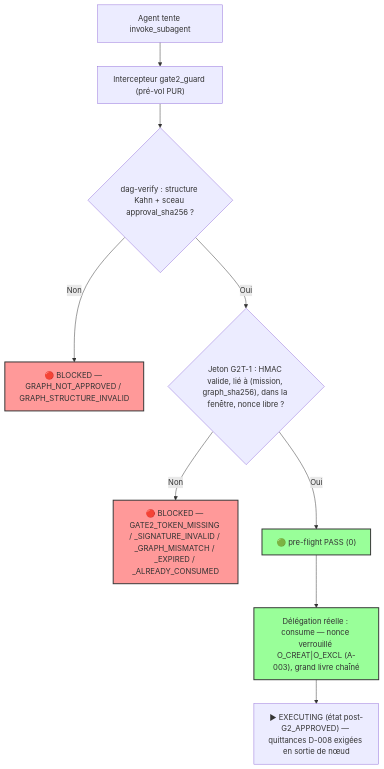
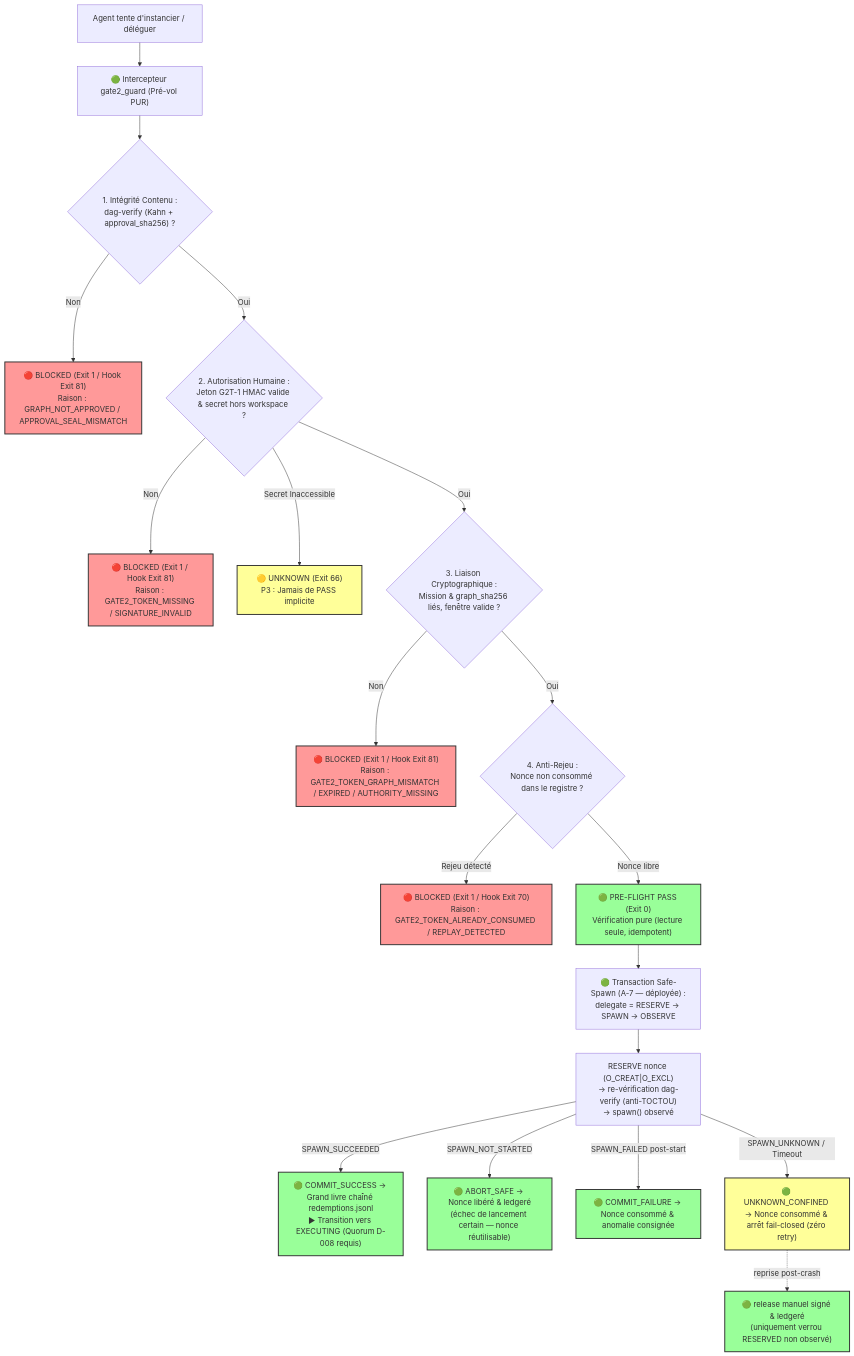
Before and after one commit to lordmahonheim-bot/Tesla-Antigravity-CLI: the diagram in 53-Vigilum-Codex-2.0-Executable-Governance/docs/RETEX_GATE2_BYPASS.md, drawn with Mermaid. The commit also changed other lines of this file and 6 other files, not shown here.

First line of the commit message:
feat(gate2): A-7 Safe-Spawn + BYPASS-04/06/09 testés — RETEX 2.3 synchronisé

````diff
--- a/53-Vigilum-Codex-2.0-Executable-Governance/docs/RETEX_GATE2_BYPASS.md
+++ b/53-Vigilum-Codex-2.0-Executable-Governance/docs/RETEX_GATE2_BYPASS.md
@@ -114,16 +140,49 @@
 ```mermaid
 flowchart TD
-    A["Agent tente invoke_subagent"] --> B["Intercepteur gate2_guard (pré-vol PUR)"]
-    B --> C{"dag-verify : structure Kahn + sceau approval_sha256 ?"}
-    C -->|Non| D["🔴 BLOCKED — GRAPH_NOT_APPROVED / GRAPH_STRUCTURE_INVALID"]
-    C -->|Oui| E{"Jeton G2T-1 : HMAC valide, lié à (mission, graph_sha256), dans la fenêtre, nonce libre ?"}
-    E -->|Non| F["🔴 BLOCKED — GATE2_TOKEN_MISSING / _SIGNATURE_INVALID / _GRAPH_MISMATCH / _EXPIRED / _ALREADY_CONSUMED"]
-    E -->|Oui| G["🟢 pre-flight PASS (0)"]
-    G --> H["Délégation réelle : consume — nonce verrouillé O_CREAT|O_EXCL (A-003), grand livre chaîné"]
-    H --> I["▶ EXECUTING (état post-G2_APPROVED) — quittances D-008 exigées en sortie de nœud"]
+    A["Agent tente d'instancier / déléguer"] --> B["🟢 Intercepteur gate2_guard (Pré-vol PUR)"]
+    B --> C{"1. Intégrité Contenu :
+dag-verify (Kahn + approval_sha256) ?"}
+    C -->|Non| D["🔴 BLOCKED (Exit 1 / Hook Exit 81)
+Raison : GRAPH_NOT_APPROVED / APPROVAL_SEAL_MISMATCH"]
+    C -->|Oui| E{"2. Autorisation Humaine :
+Jeton G2T-1 HMAC valide & secret hors workspace ?"}
+    E -->|Non| F["🔴 BLOCKED (Exit 1 / Hook Exit 81)
+Raison : GATE2_TOKEN_MISSING / SIGNATURE_INVALID"]
+    E -->|Secret Inaccessible| G["🟡 UNKNOWN (Exit 66)
+P3 : Jamais de PASS implicite"]
+    E -->|Oui| H{"3. Liaison Cryptographique :
+Mission & graph_sha256 liés, fenêtre valide ?"}
+    H -->|Non| I["🔴 BLOCKED (Exit 1 / Hook Exit 81)
+Raison : GATE2_TOKEN_GRAPH_MISMATCH / EXPIRED / AUTHORITY_MISSING"]
+    H -->|Oui| J{"4. Anti-Rejeu :
+Nonce non consommé dans le registre ?"}
+    J -->|Rejeu détecté| K["🔴 BLOCKED (Exit 1 / Hook Exit 70)
+Raison : GATE2_TOKEN_ALREADY_CONSUMED / REPLAY_DETECTED"]
+    J -->|Nonce libre| L["🟢 PRE-FLIGHT PASS (Exit 0)
+Vérification pure (lecture seule, idempotent)"]
+    L --> M["🟢 Transaction Safe-Spawn (A-7 — déployée) :
+delegate = RESERVE → SPAWN → OBSERVE"]
+    M --> N["RESERVE nonce (O_CREAT|O_EXCL)
+→ re-vérification dag-verify (anti-TOCTOU)
+→ spawn() observé"]
+    N -->|SPAWN_SUCCEEDED| O["🟢 COMMIT_SUCCESS → Grand livre chaîné redemptions.jsonl
+▶ Transition vers EXECUTING (Quorum D-008 requis)"]
+    N -->|SPAWN_NOT_STARTED| P["🟢 ABORT_SAFE → Nonce libéré & ledgeré
+(échec de lancement certain — nonce réutilisable)"]
+    N -->|SPAWN_FAILED post-start| Q["🟢 COMMIT_FAILURE → Nonce consommé & anomalie consignée"]
+    N -->|SPAWN_UNKNOWN / Timeout| R["🟢 UNKNOWN_CONFINED → Nonce consommé & arrêt fail-closed (zéro retry)"]
+    R -.reprise post-crash.-> S["🟢 release manuel signé & ledgeré
+(uniquement verrou RESERVED non observé)"]
 
     style D fill:#f99,stroke:#333,stroke-width:2px
     style F fill:#f99,stroke:#333,stroke-width:2px
-    style G fill:#9f9,stroke:#333,stroke-width:2px
-    style H fill:#9f9,stroke:#333,stroke-width:2px
+    style G fill:#ff9,stroke:#333,stroke-width:2px
+    style I fill:#f99,stroke:#333,stroke-width:2px
+    style K fill:#f99,stroke:#333,stroke-width:2px
+    style L fill:#9f9,stroke:#333,stroke-width:2px
+    style O fill:#9f9,stroke:#333,stroke-width:2px
+    style P fill:#9f9,stroke:#333,stroke-width:2px
+    style Q fill:#9f9,stroke:#333,stroke-width:2px
+    style R fill:#ff9,stroke:#333,stroke-width:2px
+    style S fill:#9f9,stroke:#333,stroke-width:2px
 ```
````
